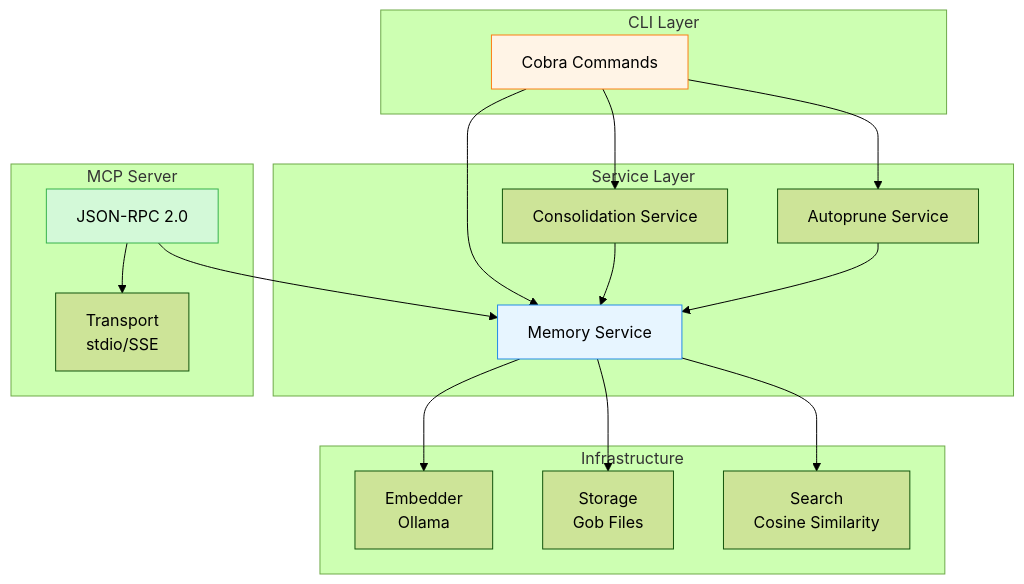
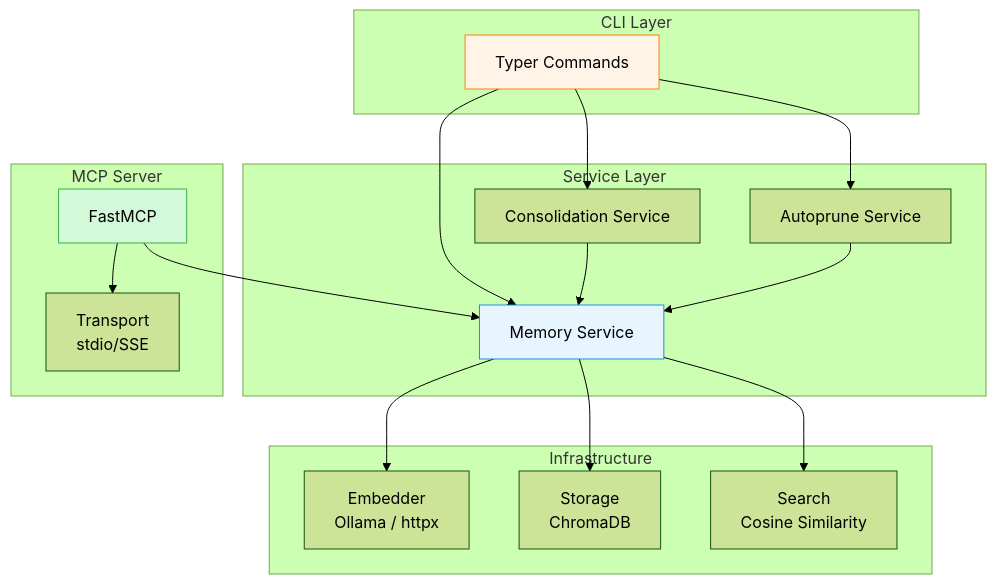
The fourth of 4 diagrams in README.md (fmatsos/cortex), drawn with Mermaid (forest theme) before and after one commit. The commit also changed other lines of this file and 193 other files, not shown here.

First line of the commit message:
feat: rewrite Cortex from Go to Python (Typer/ChromaDB/pydantic-settings) (#42)

````diff
--- a/README.md
+++ b/README.md
@@ -404,41 +403,41 @@
 ```mermaid
 graph TB
     subgraph "CLI Layer"
-        CLI[Cobra Commands]
+        CLI[Typer Commands]
     end
 
     subgraph "Service Layer"
         MS[Memory Service]
         CS[Consolidation Service]
         AS[Autoprune Service]
     end
 
     subgraph "Infrastructure"
-        E[Embedder<br/>Ollama]
-        S[Storage<br/>Gob Files]
+        E[Embedder<br/>Ollama / httpx]
+        S[Storage<br/>ChromaDB]
         SE[Search<br/>Cosine Similarity]
     end
 
     subgraph "MCP Server"
-        MCP[JSON-RPC 2.0]
+        MCP[FastMCP]
         T[Transport<br/>stdio/SSE]
     end
 
     CLI --> MS
     CLI --> CS
     CLI --> AS
 
     MS --> E
     MS --> S
     MS --> SE
 
     CS --> MS
     AS --> MS
 
     MCP --> MS
     MCP --> T
 
     style CLI fill:#fff4e6,stroke:#fd7e14
     style MS fill:#e7f5ff,stroke:#228be6
     style MCP fill:#d3f9d8,stroke:#37b24d
 ```
````
